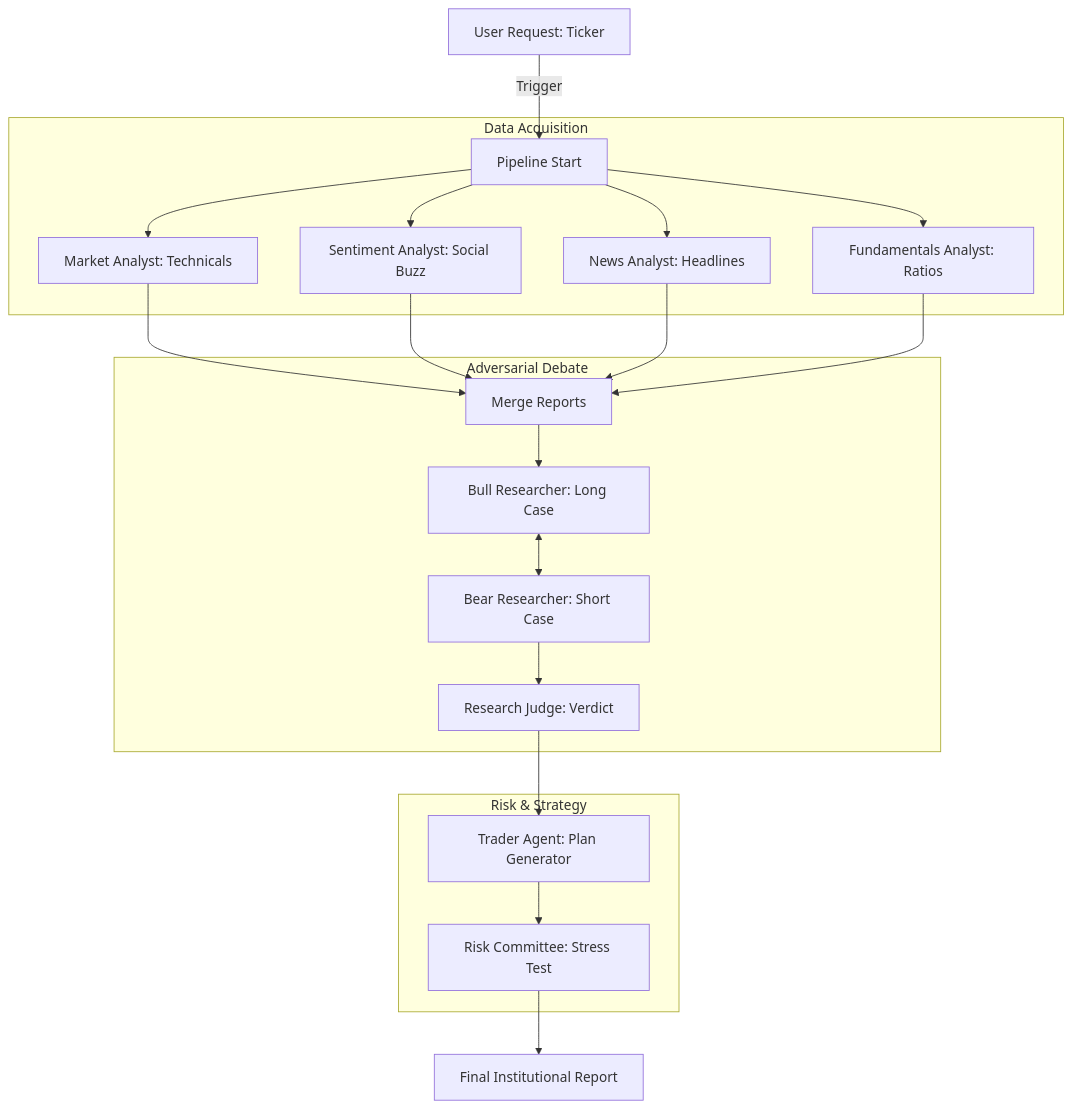
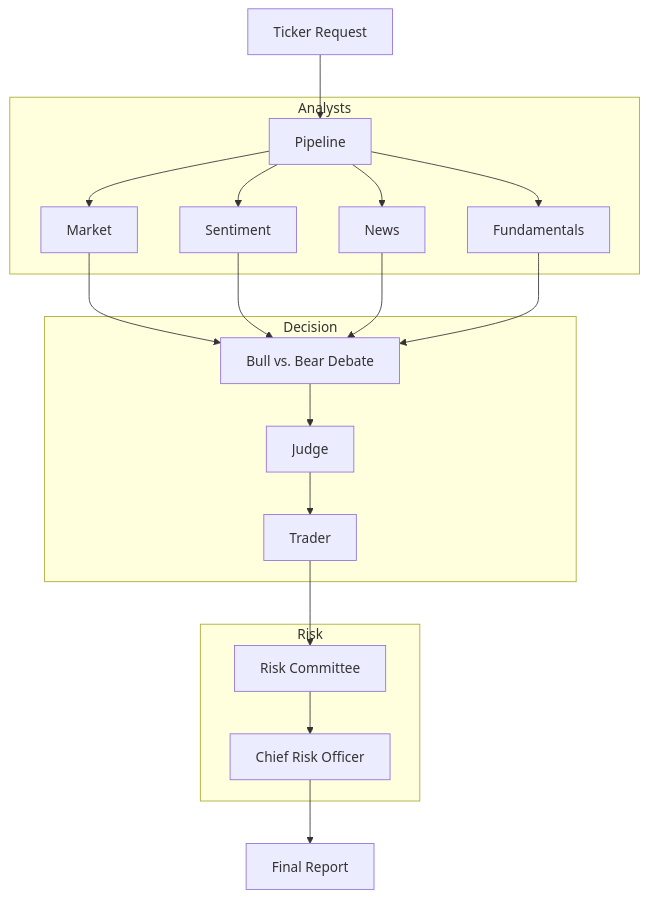
One commit to nishnarudkar/Quorum---Multi-Agent-LLM-Trading-Framework changed the second of 2 diagrams in README.md. Above: the diagram before and after it, drawn with Mermaid. The commit also changed other lines of this file, not shown here.

Commit message:
docs: professionalize README with logo, detailed architecture, and deployment links

````diff
--- a/README.md
+++ b/README.md
@@ -52,26 +90,25 @@
 ```mermaid
 graph TD
-    REQ[User Request: Ticker] -->|Trigger| PIP[Pipeline Start]
+    REQ[Ticker Request] --> PIP[Pipeline]
     
-    subgraph "Data Acquisition"
-        PIP --> MKT[Market Analyst: Technicals]
-        PIP --> SEN[Sentiment Analyst: Social Buzz]
-        PIP --> NWS[News Analyst: Headlines]
-        PIP --> FND[Fundamentals Analyst: Ratios]
+    subgraph "Analysts"
+        PIP --> MKT[Market]
+        PIP --> SEN[Sentiment]
+        PIP --> NWS[News]
+        PIP --> FND[Fundamentals]
     end
 
-    MKT & SEN & NWS & FND --> MRG[Merge Reports]
-
-    subgraph "Adversarial Debate"
-        MRG --> BULL[Bull Researcher: Long Case]
-        BULL <--> BEAR[Bear Researcher: Short Case]
-        BEAR --> JDG[Research Judge: Verdict]
+    MKT & SEN & NWS & FND --> DEB[Bull vs. Bear Debate]
+    
+    subgraph "Decision"
+        DEB --> JDG[Judge]
+        JDG --> TRD[Trader]
     end
 
-    subgraph "Risk & Strategy"
-        JDG --> TRD[Trader Agent: Plan Generator]
-        TRD --> RSK[Risk Committee: Stress Test]
+    subgraph "Risk"
+        TRD --> RSC[Risk Committee]
+        RSC --> CRO[Chief Risk Officer]
     end
 
-    RSK --> FIN[Final Institutional Report]
+    CRO --> FIN[Final Report]
 ```
````
